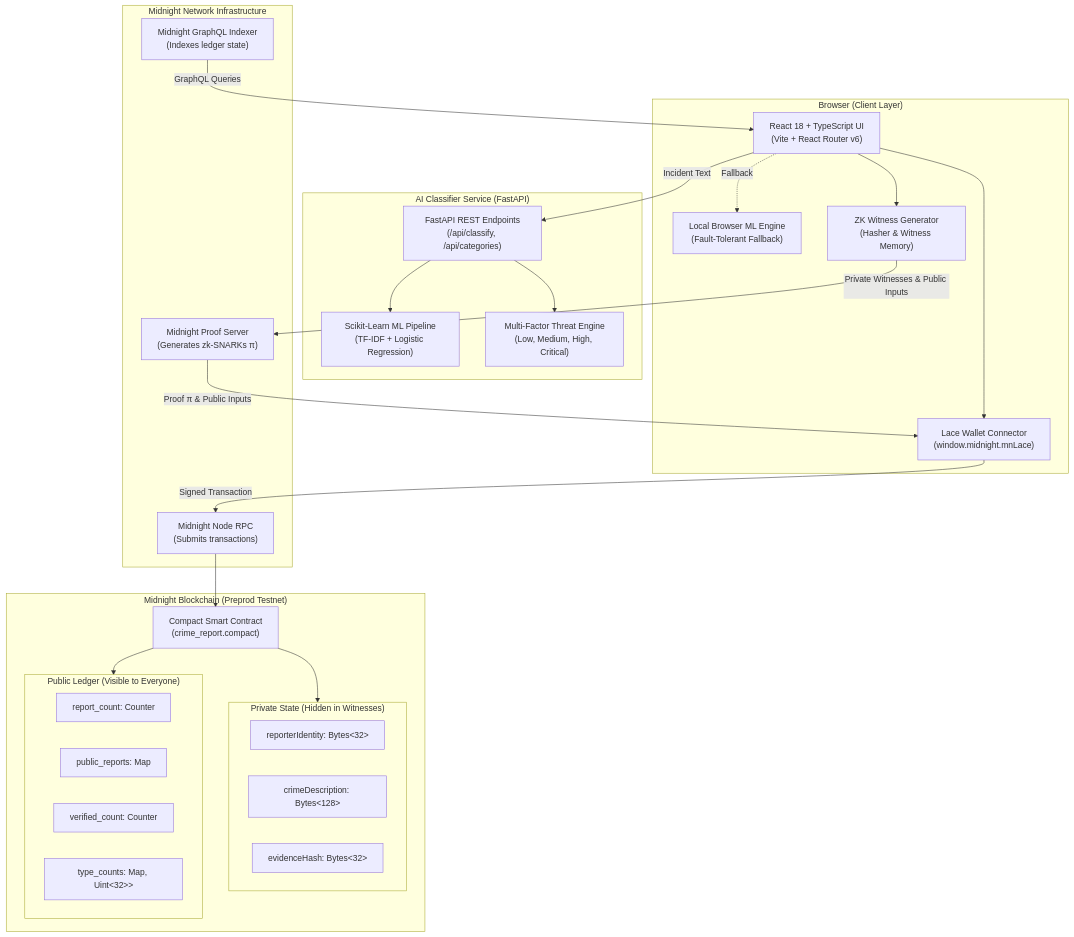
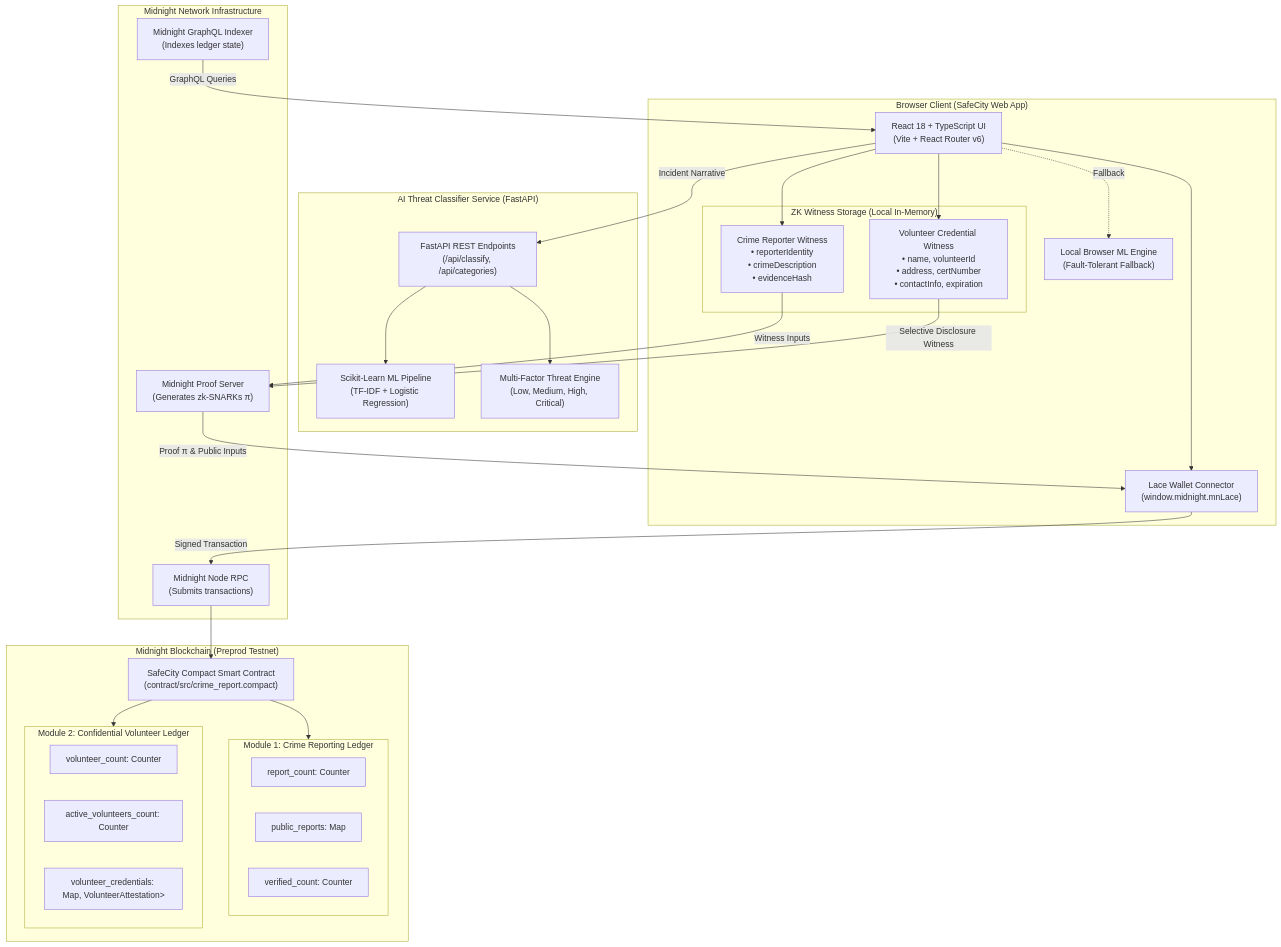
One commit to gourish02/Anonymous-Crime-Reporting changed the diagram in README.md. Above: the diagram before and after it, drawn with Mermaid. The commit also changed other lines of this file and 9 other files, not shown here.

First line of the commit message:
feat: Upgrade to SafeCity platform with Confidential Volunteer Verification module

````diff
--- a/README.md
+++ b/README.md
@@ -46,55 +115,60 @@
 ```mermaid
 flowchart TB
-    subgraph Client["Browser (Client Layer)"]
+    subgraph Client["Browser Client (SafeCity Web App)"]
         UI["React 18 + TypeScript UI\n(Vite + React Router v6)"]
         Lace["Lace Wallet Connector\n(window.midnight.mnLace)"]
         LocalML["Local Browser ML Engine\n(Fault-Tolerant Fallback)"]
-        Witness["ZK Witness Generator\n(Hasher & Witness Memory)"]
+        
+        subgraph ClientWitnesses["ZK Witness Storage (Local In-Memory)"]
+            RepWitness["Crime Reporter Witness\n• reporterIdentity\n• crimeDescription\n• evidenceHash"]
+            VolWitness["Volunteer Credential Witness\n• name, volunteerId\n• address, certNumber\n• contactInfo, expiration"]
+        end
         
         UI --> Lace
-        UI --> Witness
+        UI --> RepWitness
+        UI --> VolWitness
         UI -.->|Fallback| LocalML
     end
 
-    subgraph AIService["AI Classifier Service (FastAPI)"]
+    subgraph AIService["AI Threat Classifier Service (FastAPI)"]
         API["FastAPI REST Endpoints\n(/api/classify, /api/categories)"]
         SKLearn["Scikit-Learn ML Pipeline\n(TF-IDF + Logistic Regression)"]
         RiskEngine["Multi-Factor Threat Engine\n(Low, Medium, High, Critical)"]
         
         API --> SKLearn
         API --> RiskEngine
     end
 
     subgraph MidnightNetwork["Midnight Network Infrastructure"]
         ProofServer["Midnight Proof Server\n(Generates zk-SNARKs π)"]
         Indexer["Midnight GraphQL Indexer\n(Indexes ledger state)"]
         NodeRPC["Midnight Node RPC\n(Submits transactions)"]
     end
 
     subgraph OnChain["Midnight Blockchain (Preprod Testnet)"]
-        CompactContract["Compact Smart Contract\n(crime_report.compact)"]
+        CompactContract["SafeCity Compact Smart Contract\n(contract/src/crime_report.compact)"]
         
-        subgraph PrivateState["Private State (Hidden in Witnesses)"]
-            RepID["reporterIdentity: Bytes<32>"]
-            Desc["crimeDescription: Bytes<128>"]
-            Evid["evidenceHash: Bytes<32>"]
-        end
-
-        subgraph PublicLedger["Public Ledger (Visible to Everyone)"]
+        subgraph Mod1State["Module 1: Crime Reporting Ledger"]
             RepCount["report_count: Counter"]
             PubReports["public_reports: Map<Field, PublicReport>"]
             VerCount["verified_count: Counter"]
-            TypeCount["type_counts: Map<Uint<8>, Uint<32>>"]
         end
 
-        CompactContract --> PrivateState
-        CompactContract --> PublicLedger
+        subgraph Mod2State["Module 2: Confidential Volunteer Ledger"]
+            VolCount["volunteer_count: Counter"]
+            ActiveVolCount["active_volunteers_count: Counter"]
+            VolMap["volunteer_credentials: Map<Bytes<32>, VolunteerAttestation>"]
+        end
+
+        CompactContract --> Mod1State
+        CompactContract --> Mod2State
     end
 
-    UI -->|Incident Text| API
-    Witness -->|Private Witnesses & Public Inputs| ProofServer
+    UI -->|Incident Narrative| API
+    RepWitness -->|Witness Inputs| ProofServer
+    VolWitness -->|Selective Disclosure Witness| ProofServer
     ProofServer -->|Proof π & Public Inputs| Lace
     Lace -->|Signed Transaction| NodeRPC
     NodeRPC --> CompactContract
     Indexer -->|GraphQL Queries| UI
 ```
````
